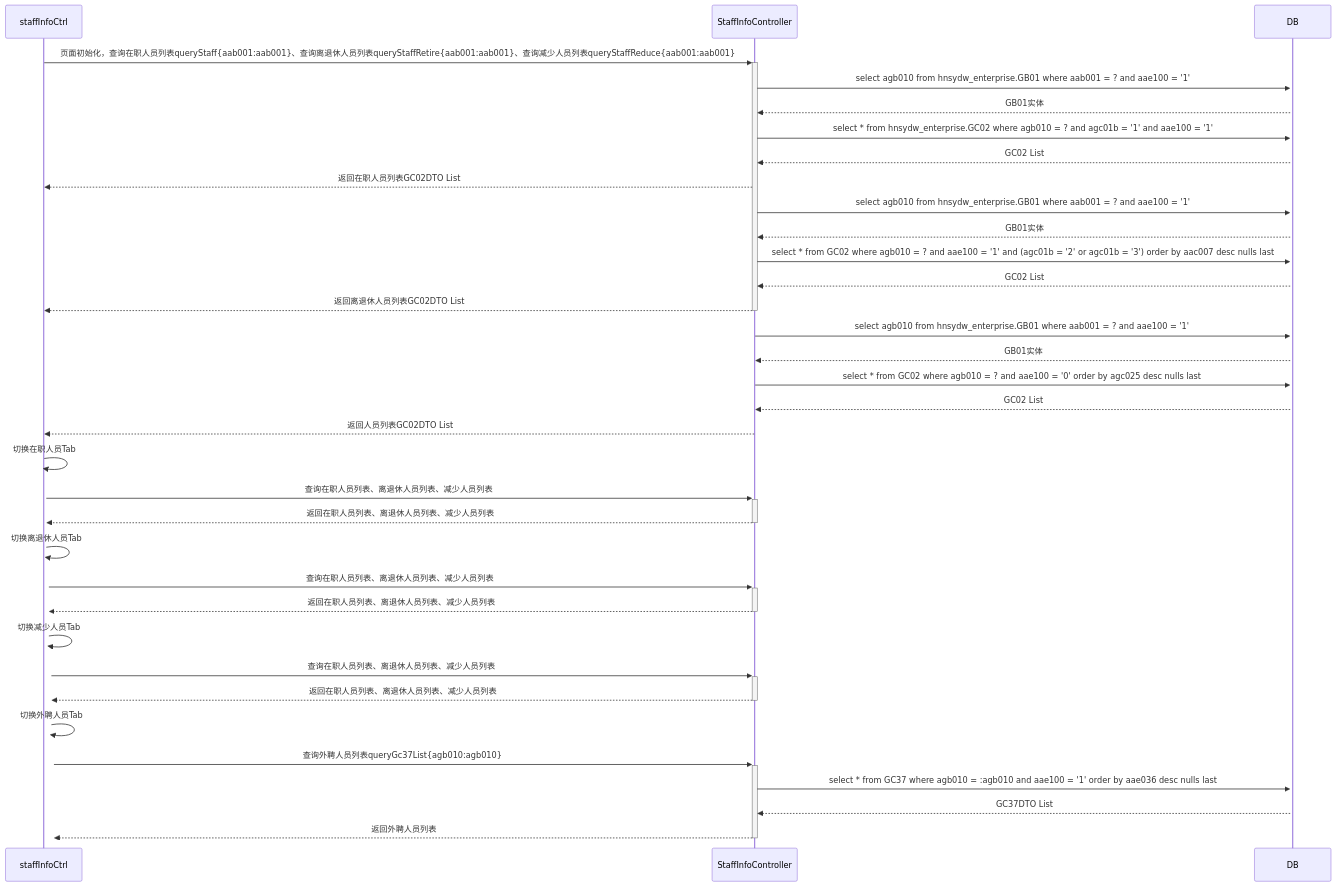
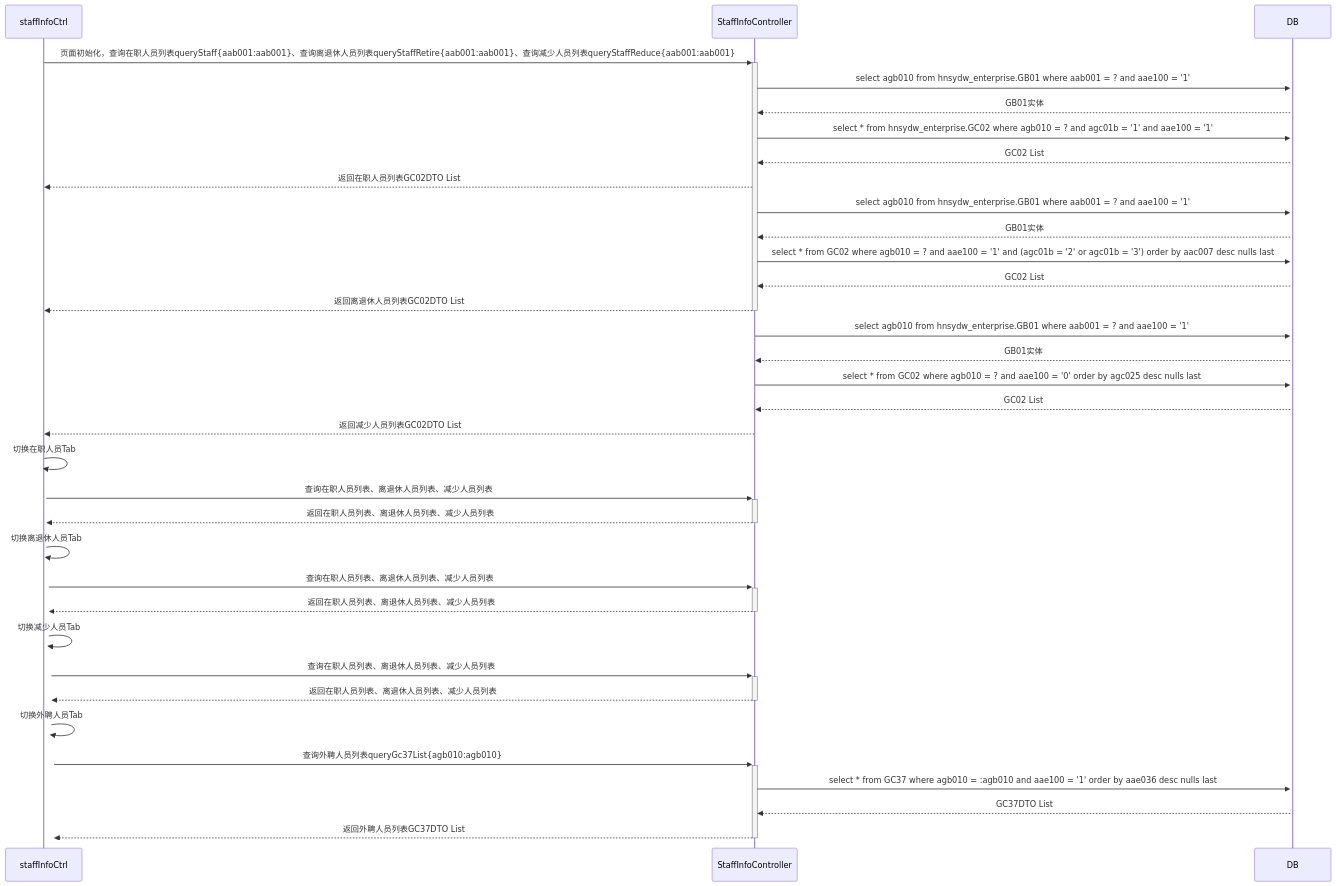
One commit to ZhangJianBeiJing/iodraw-files changed the diagram in all/未命名.md. Above: the diagram before and after it, drawn with Mermaid.

Commit message:
2025-03-25 11:01:32 update

````diff
--- a/all/未命名.md
+++ b/all/未命名.md
@@ -1,38 +1,38 @@
 ```mermaid
 sequenceDiagram
     staffInfoCtrl->>+StaffInfoController:页面初始化，查询在职人员列表queryStaff{aab001:aab001}、查询离退休人员列表queryStaffRetire{aab001:aab001}、查询减少人员列表queryStaffReduce{aab001:aab001}
     
     StaffInfoController->>+DB:select agb010 from hnsydw_enterprise.GB01 where aab001 = ? and aae100 = '1'
     DB-->>StaffInfoController:GB01实体
     StaffInfoController->>+DB:select * from hnsydw_enterprise.GC02 where agb010 = ? and agc01b = '1' and aae100 = '1'
     DB-->>StaffInfoController:GC02 List
     StaffInfoController-->>staffInfoCtrl:返回在职人员列表GC02DTO List
     
     StaffInfoController->>+DB:select agb010 from hnsydw_enterprise.GB01 where aab001 = ? and aae100 = '1'
     DB-->>StaffInfoController:GB01实体
     StaffInfoController->>+DB:select * from GC02 where agb010 = ? and aae100 = '1' and (agc01b = '2' or agc01b = '3') order by aac007 desc nulls last 
     DB-->>StaffInfoController:GC02 List
     StaffInfoController-->>-staffInfoCtrl:返回离退休人员列表GC02DTO List
 
     StaffInfoController->>+DB:select agb010 from hnsydw_enterprise.GB01 where aab001 = ? and aae100 = '1'
     DB-->>StaffInfoController:GB01实体
     StaffInfoController->>+DB:select * from GC02 where agb010 = ? and aae100 = '0' order by agc025 desc nulls last 
     DB-->>StaffInfoController:GC02 List
-    StaffInfoController-->>staffInfoCtrl:返回人员列表GC02DTO List
+    StaffInfoController-->>staffInfoCtrl:返回减少人员列表GC02DTO List
 
     staffInfoCtrl->>+staffInfoCtrl:切换在职人员Tab
     staffInfoCtrl->>+StaffInfoController:查询在职人员列表、离退休人员列表、减少人员列表
     StaffInfoController-->>-staffInfoCtrl:返回在职人员列表、离退休人员列表、减少人员列表
     staffInfoCtrl->>+staffInfoCtrl:切换离退休人员Tab
     staffInfoCtrl->>+StaffInfoController:查询在职人员列表、离退休人员列表、减少人员列表
     StaffInfoController-->>-staffInfoCtrl:返回在职人员列表、离退休人员列表、减少人员列表
     staffInfoCtrl->>+staffInfoCtrl:切换减少人员Tab
     staffInfoCtrl->>+StaffInfoController:查询在职人员列表、离退休人员列表、减少人员列表
     StaffInfoController-->>-staffInfoCtrl:返回在职人员列表、离退休人员列表、减少人员列表
     staffInfoCtrl->>+staffInfoCtrl:切换外聘人员Tab
     staffInfoCtrl->>+StaffInfoController:查询外聘人员列表queryGc37List{agb010:agb010}
     StaffInfoController->>+DB:select * from GC37 where agb010 = :agb010 and aae100 = '1' order by aae036 desc nulls last
     DB-->>StaffInfoController:GC37DTO List 
-    StaffInfoController-->>-staffInfoCtrl:返回外聘人员列表
+    StaffInfoController-->>-staffInfoCtrl:返回外聘人员列表GC37DTO List 
             
 ```
````
